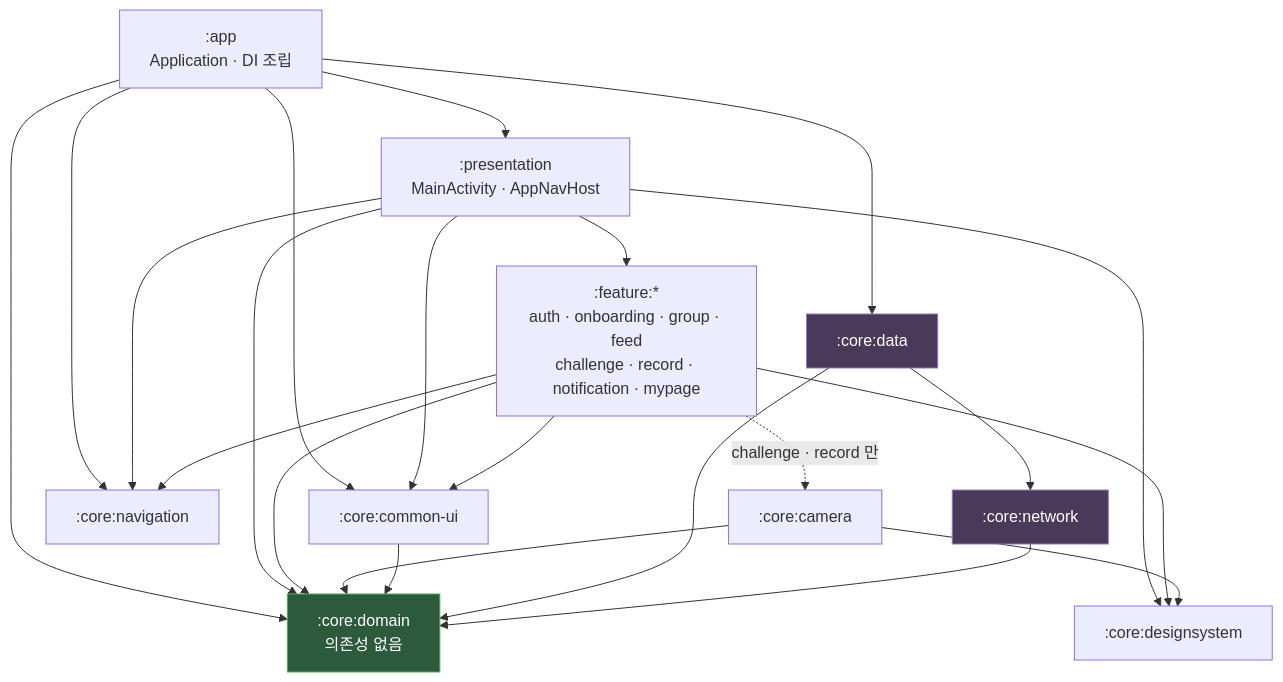
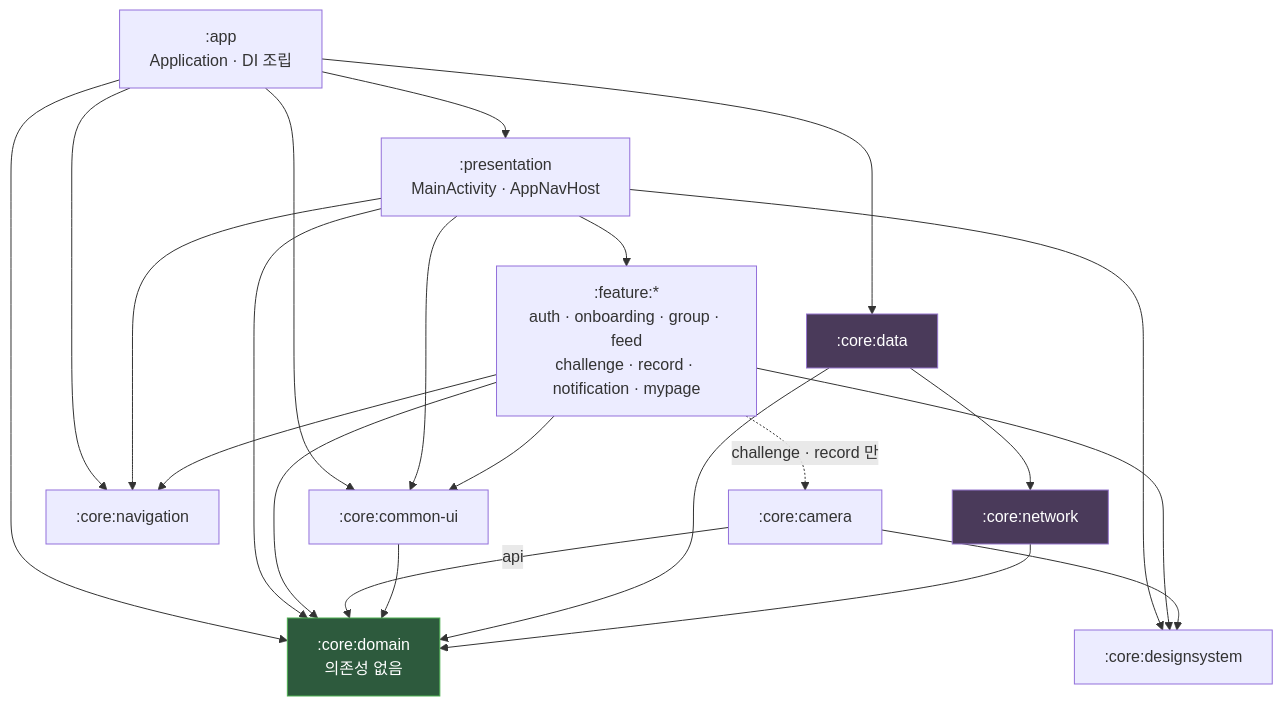
One commit to Central-MakeUs/mody-android changed the diagram in README.md. Above: the diagram before and after it, drawn with Mermaid. The commit also changed other lines of this file, not shown here.

First line of the commit message:
docs: README 에 api 경계와 단위 테스트 계층을 드러낸다

````diff
--- a/README.md
+++ b/README.md
@@ -86,45 +86,45 @@
 ```mermaid
 graph TD
     app[":app<br/>Application · DI 조립"]
     pres[":presentation<br/>MainActivity · AppNavHost"]
     feat[":feature:*<br/>auth · onboarding · group · feed<br/>challenge · record · notification · mypage"]
 
     cui[":core:common-ui"]
     ds[":core:designsystem"]
     nav[":core:navigation"]
     cam[":core:camera"]
     dom[":core:domain<br/>의존성 없음"]
     data[":core:data"]
     net[":core:network"]
 
     app --> pres
     app --> data
     app --> cui
     app --> nav
     app --> dom
     pres --> feat
     pres --> cui
     pres --> ds
     pres --> nav
     pres --> dom
 
     feat --> cui
     feat --> ds
     feat --> nav
     feat --> dom
     feat -. "challenge · record 만" .-> cam
 
     cam --> ds
-    cam --> dom
+    cam -- "api" --> dom
 
     cui --> dom
 
     data --> dom
     data --> net
     net --> dom
 
     classDef domain fill:#2d5a3d,stroke:#4caf50,color:#fff
     classDef impl fill:#4a3a5a,stroke:#9575cd,color:#fff
     class dom domain
     class data,net impl
 ```
````
